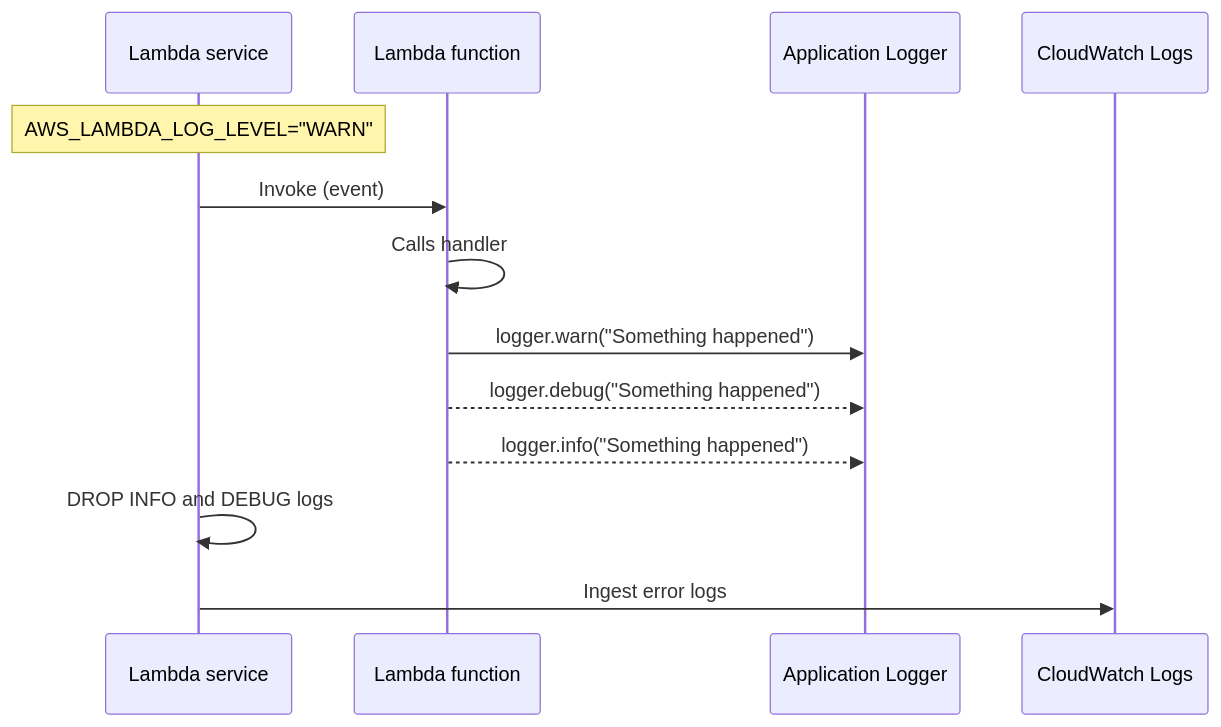
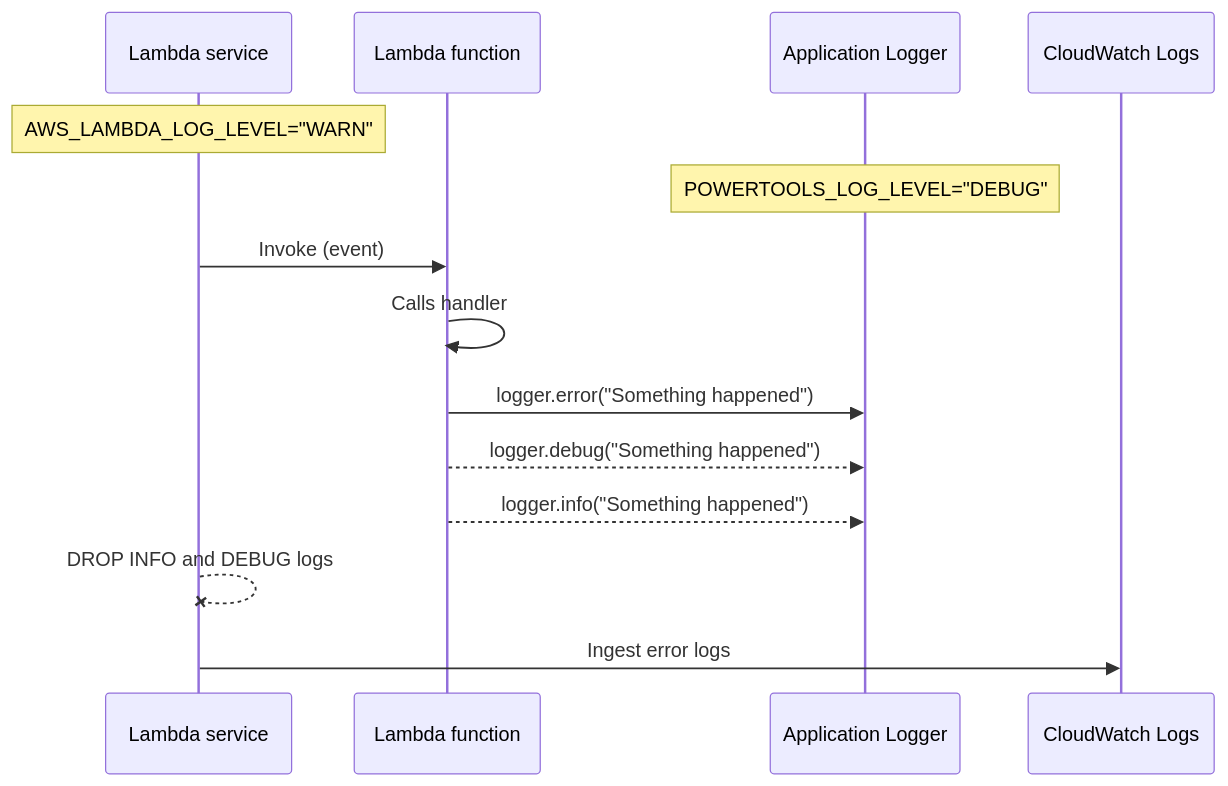
One commit to aws-powertools/powertools-lambda-java changed the diagram in docs/core/logging.md. Above: the diagram before and after it, drawn with Mermaid. The commit also changed other lines of this file, not shown here.

````diff
--- a/docs/core/logging.md
+++ b/docs/core/logging.md
@@ -606,17 +612,17 @@
 ```mermaid
 sequenceDiagram
     participant Lambda service
     participant Lambda function
     participant Application Logger
 
     Note over Lambda service: AWS_LAMBDA_LOG_LEVEL="WARN"
+    Note over Application Logger: POWERTOOLS_LOG_LEVEL="DEBUG"
+
     Lambda service->>Lambda function: Invoke (event)
     Lambda function->>Lambda function: Calls handler
-    Lambda function->>Application Logger: logger.warn("Something happened")
+    Lambda function->>Application Logger: logger.error("Something happened")
     Lambda function-->>Application Logger: logger.debug("Something happened")
     Lambda function-->>Application Logger: logger.info("Something happened")
-    
-    Lambda service->>Lambda service: DROP INFO and DEBUG logs
-
+    Lambda service--xLambda service: DROP INFO and DEBUG logs
     Lambda service->>CloudWatch Logs: Ingest error logs
 ```
````
